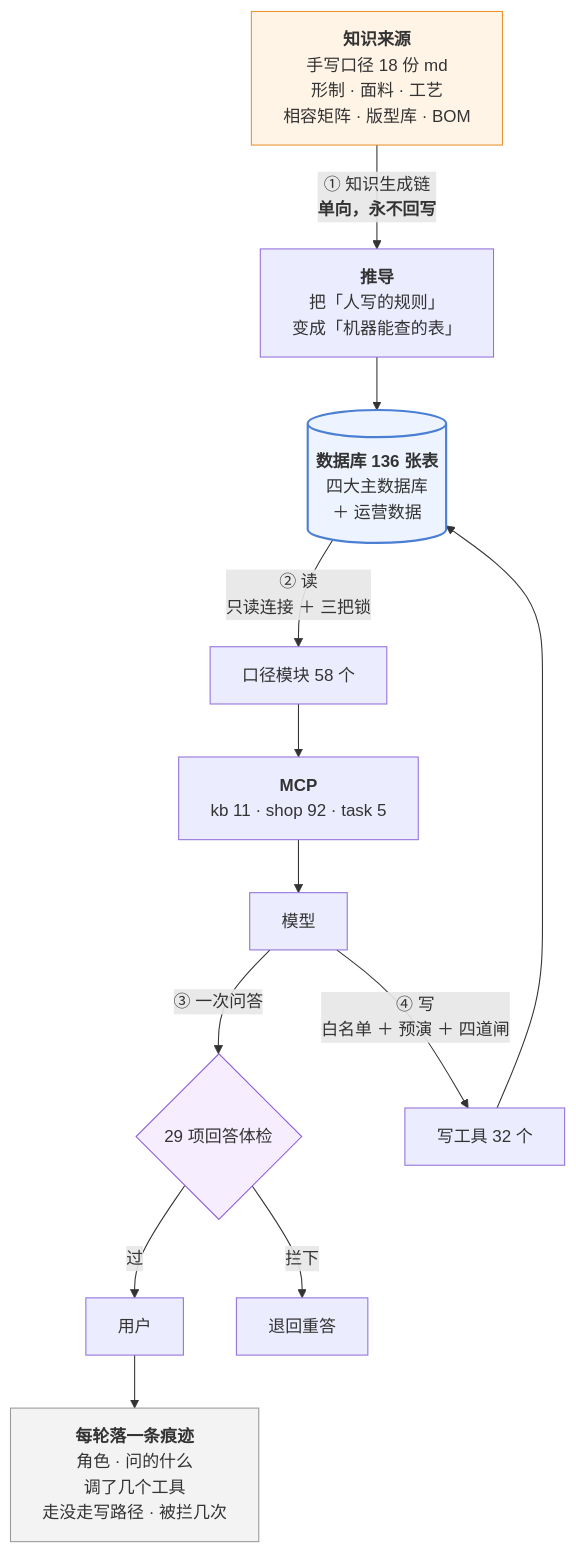
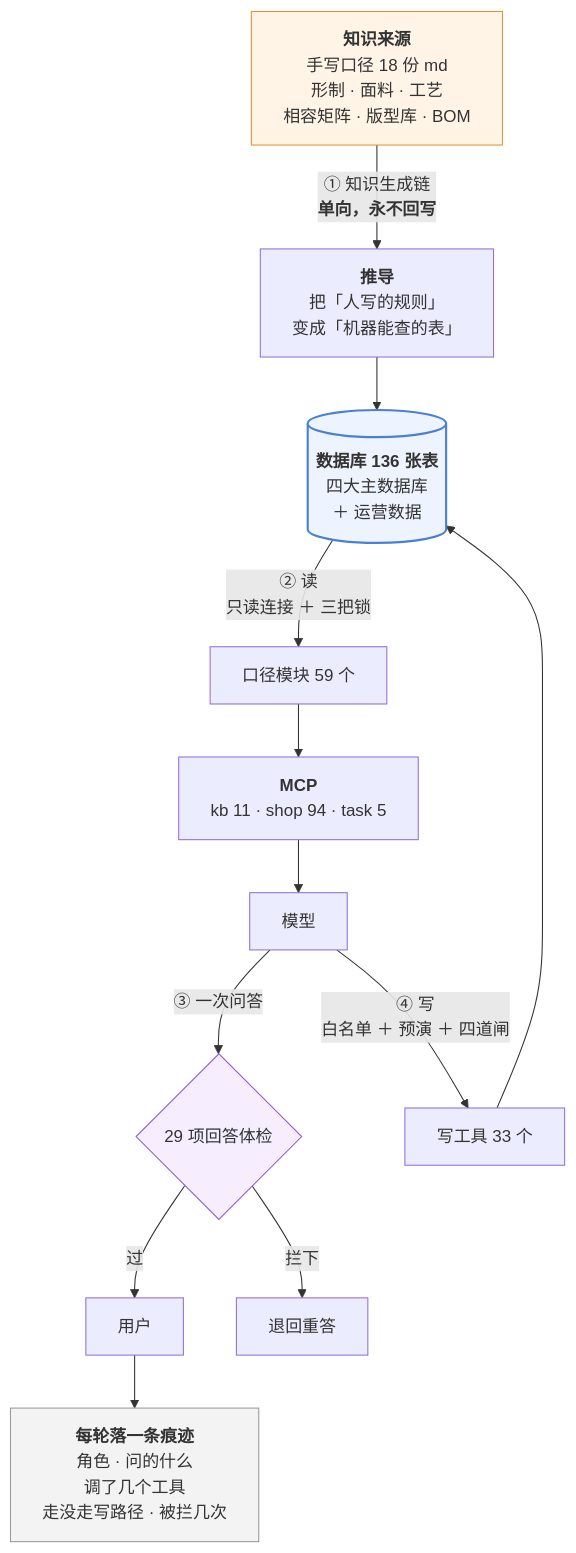
One commit to 843773296-rgb/lanxiu-yunshang-agent changed the third of 3 diagrams in 澜绣云裳agent-产品说明.md. Above: the diagram before and after it, drawn with Mermaid. The commit also changed other lines of this file and 21 other files, not shown here.

````diff
--- a/澜绣云裳agent-产品说明.md
+++ b/澜绣云裳agent-产品说明.md
@@ -1053,24 +1055,24 @@
 ```mermaid
 flowchart TD
     MD["<b>知识来源</b><br/>手写口径 18 份 md<br/>形制 · 面料 · 工艺<br/>相容矩阵 · 版型库 · BOM"]
     MD -->|"① 知识生成链<br/><b>单向，永不回写</b>"| DV["<b>推导</b><br/>把「人写的规则」<br/>变成「机器能查的表」"]
     DV --> DB[("<b>数据库 136 张表</b><br/>四大主数据库<br/>＋ 运营数据")]
 
-    DB -->|"② 读<br/>只读连接 ＋ 三把锁"| KJ["口径模块 58 个"]
-    KJ --> MCP["<b>MCP</b><br/>kb 11 · shop 92 · task 5"]
+    DB -->|"② 读<br/>只读连接 ＋ 三把锁"| KJ["口径模块 59 个"]
+    KJ --> MCP["<b>MCP</b><br/>kb 11 · shop 94 · task 5"]
     MCP --> LLM["模型"]
 
     LLM -->|"③ 一次问答"| GD{"29 项回答体检"}
     GD -- 过 --> U["用户"]
     GD -- 拦下 --> RE["退回重答"]
 
-    LLM -->|"④ 写<br/>白名单 ＋ 预演 ＋ 四道闸"| W["写工具 32 个"]
+    LLM -->|"④ 写<br/>白名单 ＋ 预演 ＋ 四道闸"| W["写工具 33 个"]
     W --> DB
 
     U --> TR["<b>每轮落一条痕迹</b><br/>角色 · 问的什么<br/>调了几个工具<br/>走没走写路径 · 被拦几次"]
 
     style MD fill:#fff4e6,stroke:#e8912d
     style DB fill:#eef4ff,stroke:#4a7fd4,stroke-width:2px
     style GD fill:#f6eeff,stroke:#8b5cd6
     style TR fill:#f3f3f3,stroke:#999
 ```
````
